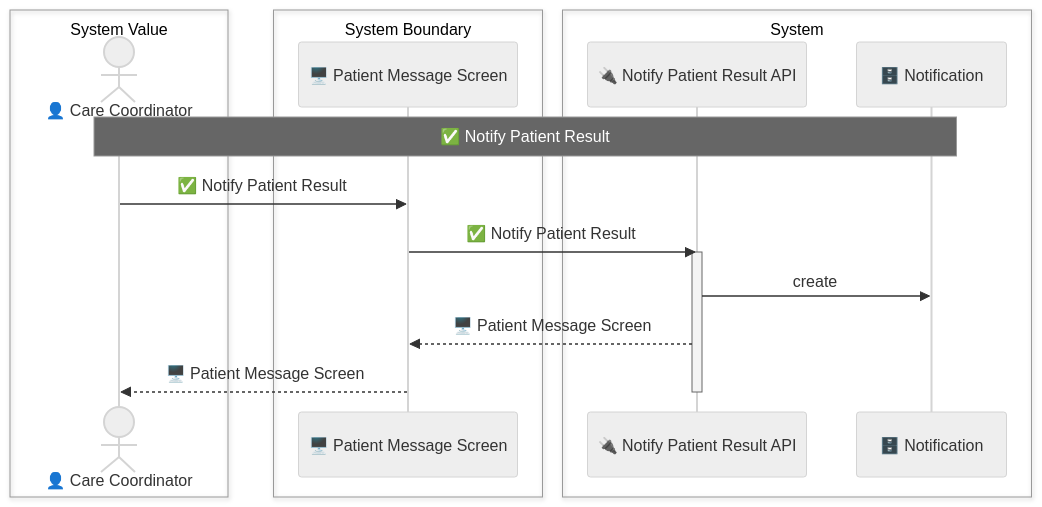
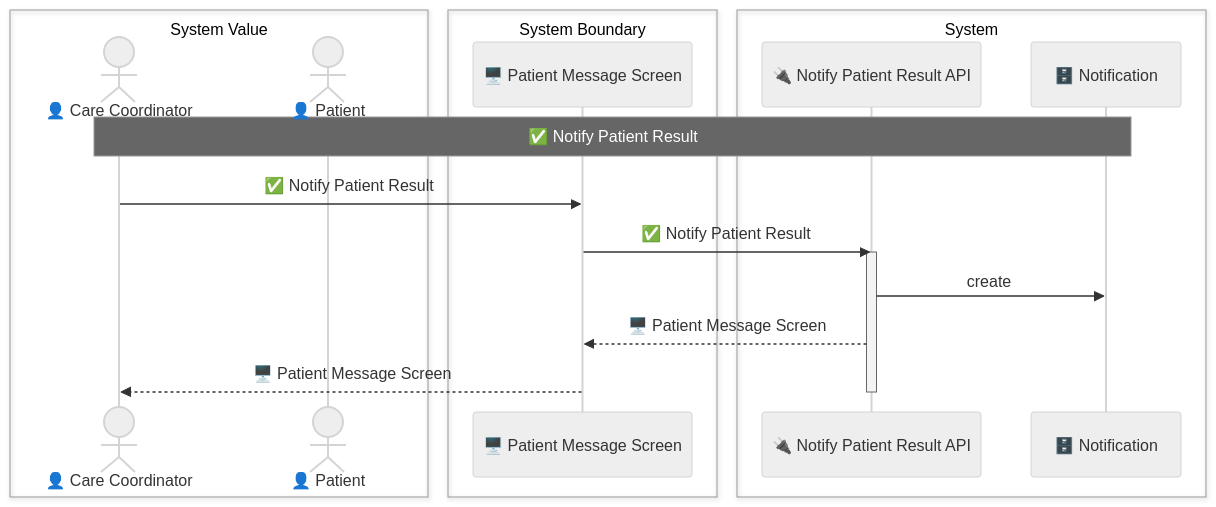
The diagram in samples/clinic-ops/out/uc/sequence_notify_patient_result.mmd (manji-0/rdra-ish-dsl), drawn with Mermaid (neutral theme) before and after one commit. The commit also changed 90 other files, not shown here.

```diff
--- a/samples/clinic-ops/out/uc/sequence_notify_patient_result.mmd
+++ b/samples/clinic-ops/out/uc/sequence_notify_patient_result.mmd
@@ -1,20 +1,21 @@
 sequenceDiagram
   box System Value
     actor CareCoordinator as 👤 Care Coordinator
+    actor Patient as 👤 Patient
   end
   box System Boundary
     participant PatientMessageScreen as 🖥️ Patient Message Screen
   end
   box System
     participant NotifyPatientResultApi as 🔌 Notify Patient Result API
     participant Notification as 🗄️ Notification
   end
 
   Note over CareCoordinator,Notification: ✅ Notify Patient Result
   CareCoordinator->>PatientMessageScreen: ✅ Notify Patient Result
   PatientMessageScreen->>NotifyPatientResultApi: ✅ Notify Patient Result
   activate NotifyPatientResultApi
   NotifyPatientResultApi->>Notification: create
   NotifyPatientResultApi-->>PatientMessageScreen: 🖥️ Patient Message Screen
   PatientMessageScreen-->>CareCoordinator: 🖥️ Patient Message Screen
   deactivate NotifyPatientResultApi
```
